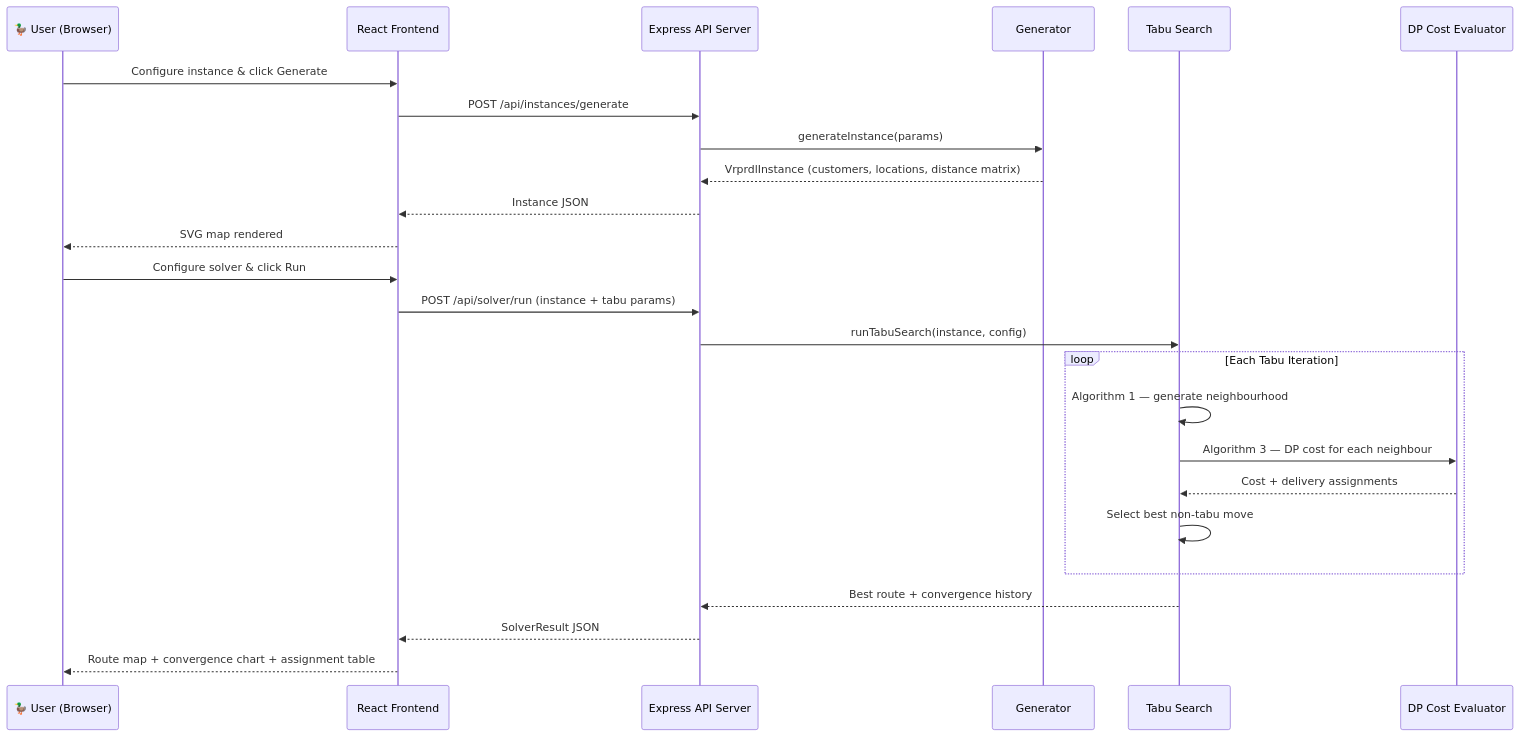
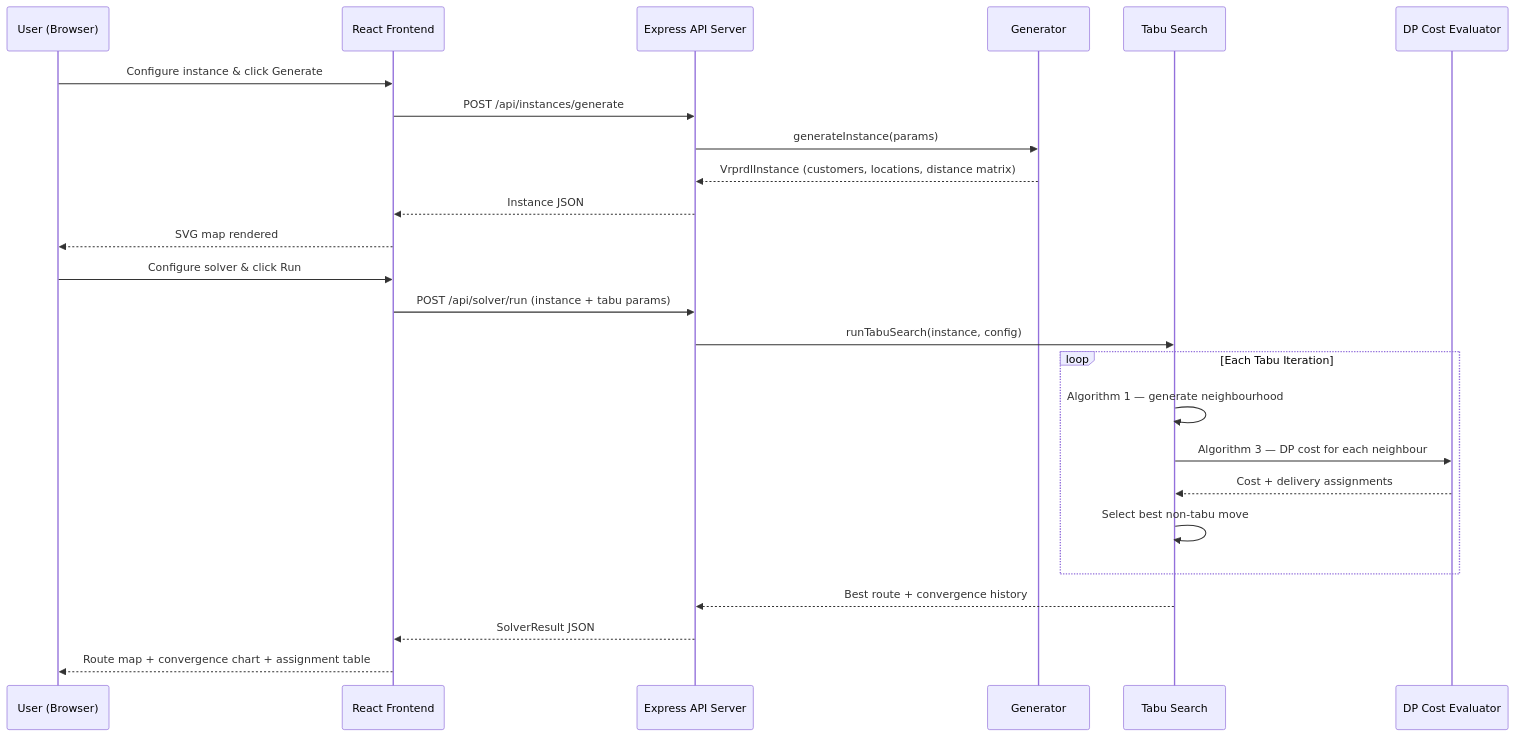
The first of 2 diagrams in README.md (apr0je/VRPRDLTRY), drawn with Mermaid before and after one commit. The commit also changed other lines of this file, not shown here.

````diff
--- a/README.md
+++ b/README.md
@@ -189,29 +190,29 @@
 ```mermaid
 sequenceDiagram
-    participant U as 🦆 User (Browser)
+    participant U as User (Browser)
     participant F as React Frontend
     participant A as Express API Server
     participant G as Generator
     participant T as Tabu Search
     participant D as DP Cost Evaluator
 
     U->>F: Configure instance & click Generate
     F->>A: POST /api/instances/generate
     A->>G: generateInstance(params)
     G-->>A: VrprdlInstance (customers, locations, distance matrix)
     A-->>F: Instance JSON
     F-->>U: SVG map rendered
 
     U->>F: Configure solver & click Run
     F->>A: POST /api/solver/run (instance + tabu params)
     A->>T: runTabuSearch(instance, config)
     loop Each Tabu Iteration
         T->>T: Algorithm 1 — generate neighbourhood
         T->>D: Algorithm 3 — DP cost for each neighbour
         D-->>T: Cost + delivery assignments
         T->>T: Select best non-tabu move
     end
     T-->>A: Best route + convergence history
     A-->>F: SolverResult JSON
     F-->>U: Route map + convergence chart + assignment table
 ```
````
